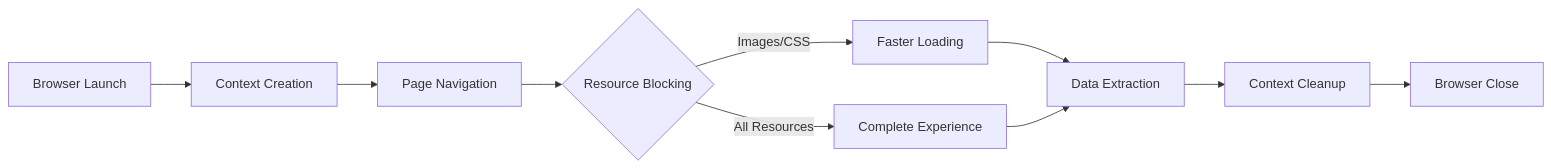
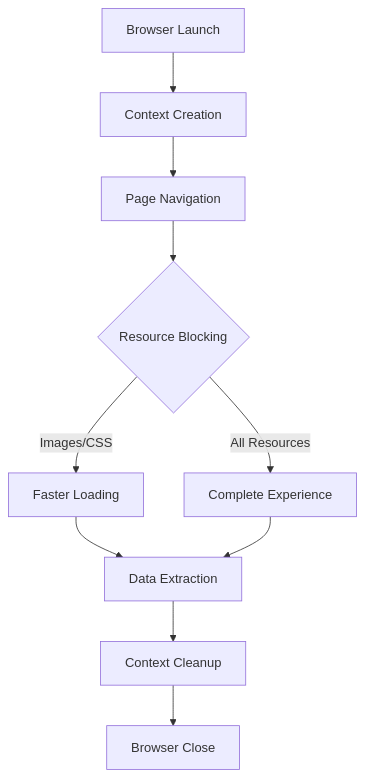
The third of 3 diagrams in _posts/2025-05-02-playwright-puppeteer-extra-modern-browser-control.md (bytetunnels/bytetunnels.github.com), drawn with Mermaid before and after one commit. The commit also changed 25 other files, not shown here.

Commit message:
chore: fixed mermaid charts

````diff
--- a/_posts/2025-05-02-playwright-puppeteer-extra-modern-browser-control.md
+++ b/_posts/2025-05-02-playwright-puppeteer-extra-modern-browser-control.md
@@ -273,12 +273,15 @@
 ```mermaid
-graph LR
-    A[Browser Launch] --> B[Context Creation]
+graph TD
+    A[Browser Launch]
+    A --> B[Context Creation]
     B --> C[Page Navigation]
     C --> D{Resource Blocking}
+
     D -->|Images/CSS| E[Faster Loading]
     D -->|All Resources| F[Complete Experience]
+
     E --> G[Data Extraction]
     F --> G
     G --> H[Context Cleanup]
     H --> I[Browser Close]
 ```
````
